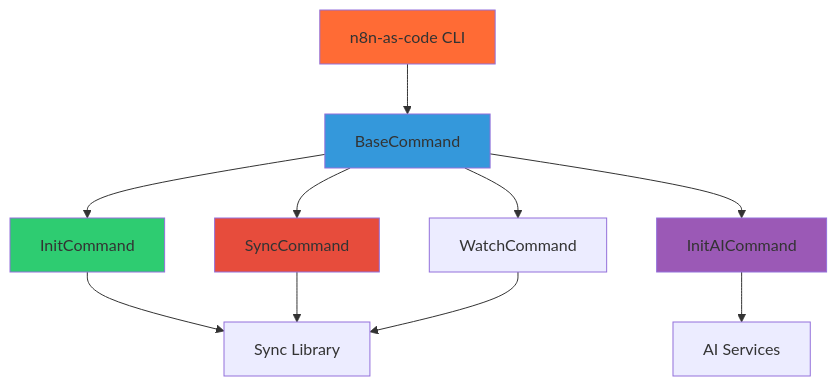
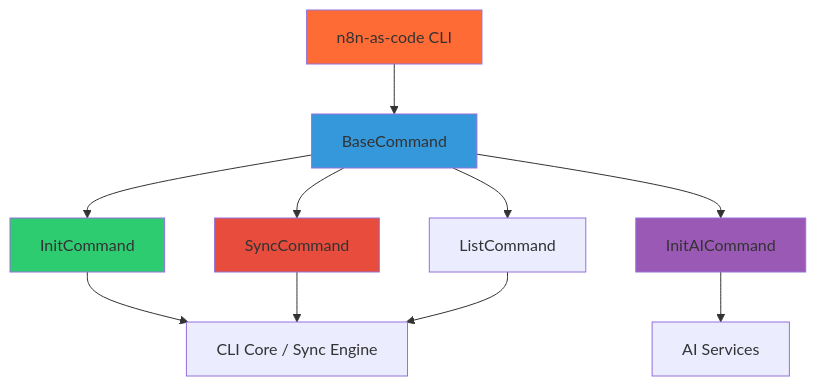
Before and after one commit to imperius361/n8n-as-code: the diagram in docs/docs/contribution/cli.md, drawn with Mermaid. The commit also changed other lines of this file and 10 other files, not shown here.

Commit message:
docs: update documentation to reflect git-like sync operations and architecture changes

````diff
--- a/docs/docs/contribution/cli.md
+++ b/docs/docs/contribution/cli.md
@@ -42,19 +41,19 @@
 ```mermaid
 graph TD
     A[n8n-as-code CLI] --> B[BaseCommand]
     B --> C[InitCommand]
     B --> D[InitAICommand]
     B --> E[SyncCommand]
-    B --> F[WatchCommand]
+    B --> F[ListCommand]
     
-    C --> G[Sync Library]
+    C --> G[CLI Core / Sync Engine]
     D --> H[AI Services]
     E --> G
     F --> G
     
     style A fill:#ff6b35
     style B fill:#3498db
     style C fill:#2ecc71
     style D fill:#9b59b6
     style E fill:#e74c3c
 ```
````
